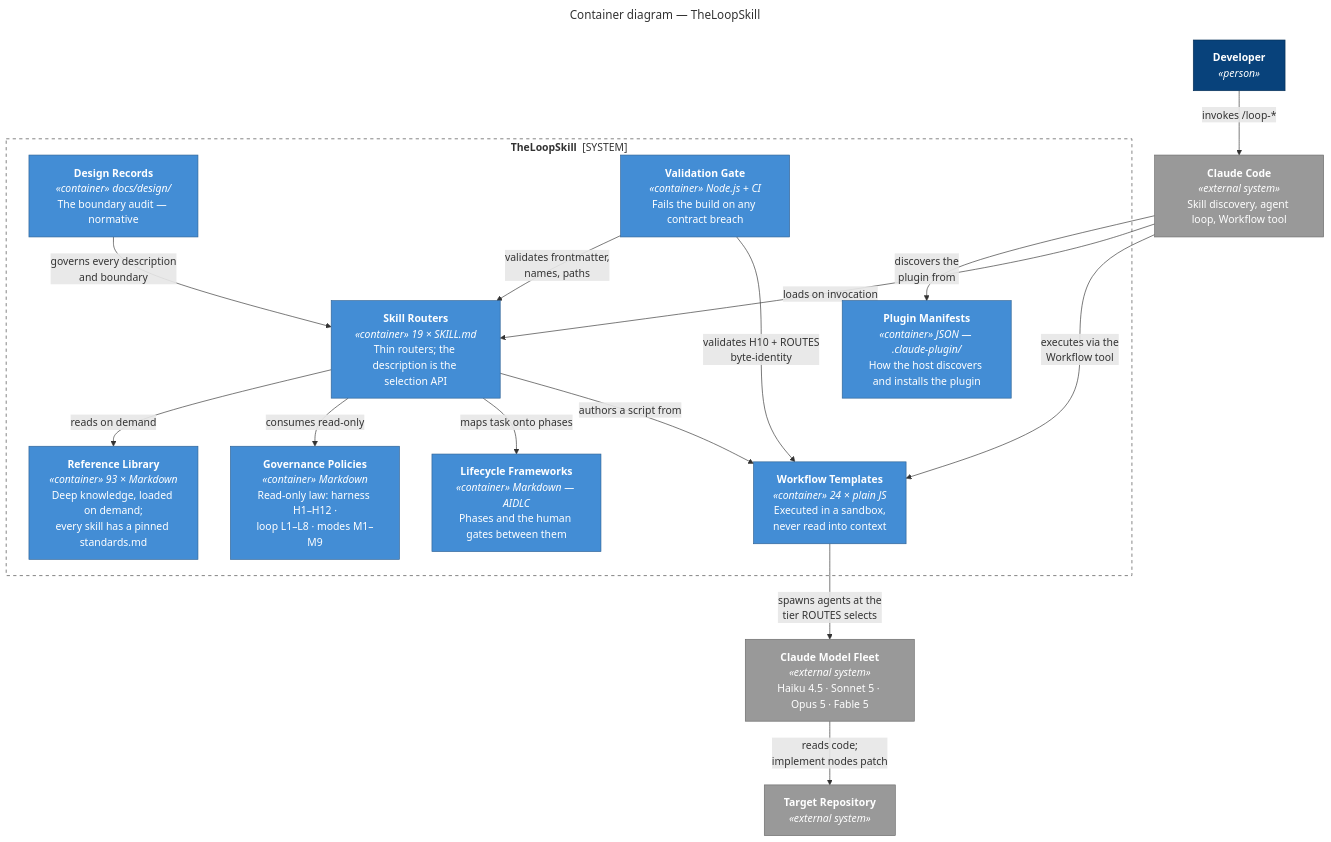
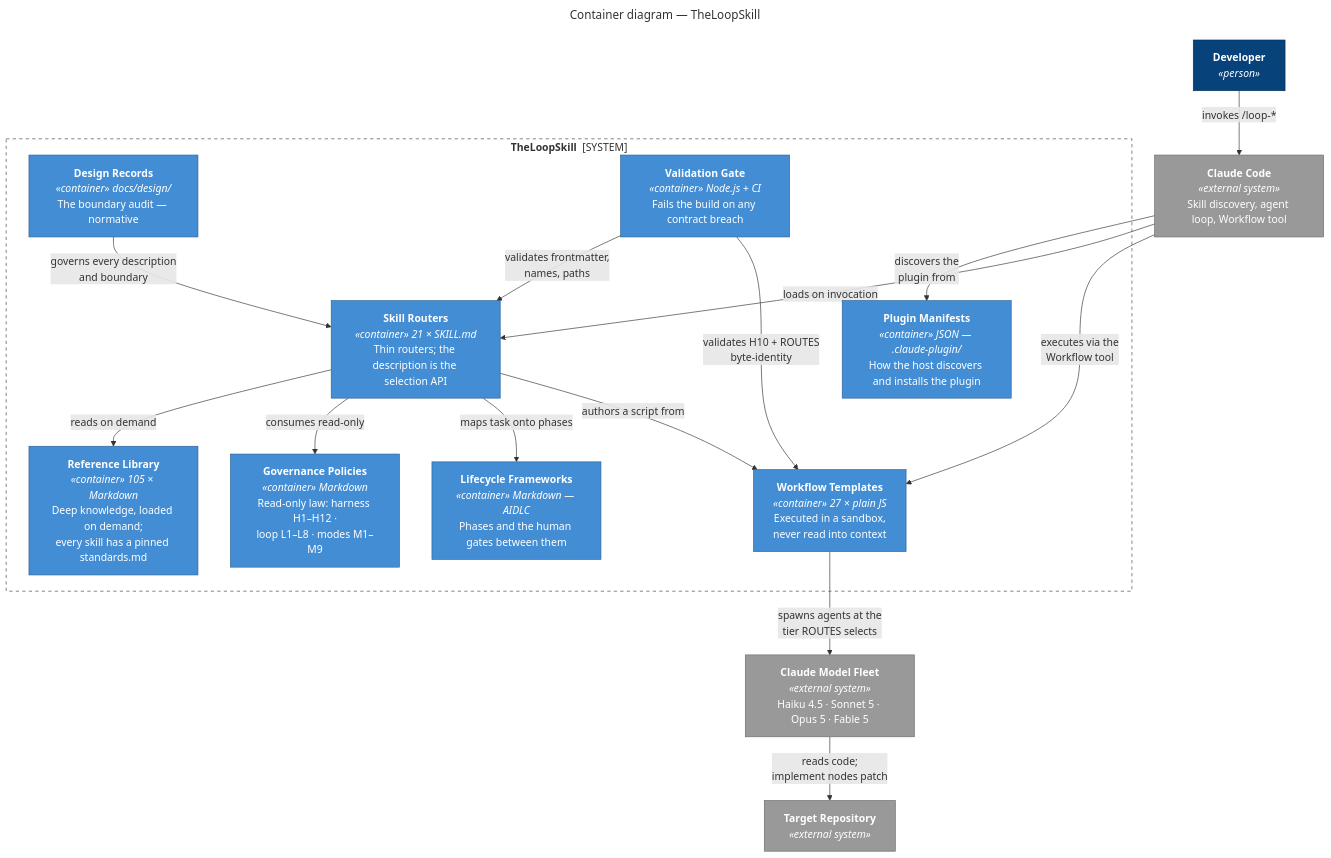
One commit to santapong/Proof changed the diagram in docs/c4/diagrams/src/container.mmd. Above: the diagram before and after it, drawn with Mermaid. The commit also changed 8 other files, not shown here.

```diff
--- a/docs/c4/diagrams/src/container.mmd
+++ b/docs/c4/diagrams/src/container.mmd
@@ -1,42 +1,42 @@
 ---
 title: "Container diagram — TheLoopSkill"
 ---
 flowchart TB
     dev["<b>Developer</b><br/><i>«person»</i>"]
     cc["<b>Claude Code</b><br/><i>«external system»</i><br/>Skill discovery, agent loop, Workflow tool"]
 
     subgraph tls["<b>TheLoopSkill</b> &nbsp;[SYSTEM]"]
         manifest["<b>Plugin Manifests</b><br/><i>«container» JSON — .claude-plugin/</i><br/>How the host discovers and installs the plugin"]
-        routers["<b>Skill Routers</b><br/><i>«container» 19 × SKILL.md</i><br/>Thin routers; the description is the selection API"]
-        refs["<b>Reference Library</b><br/><i>«container» 93 × Markdown</i><br/>Deep knowledge, loaded on demand;<br/>every skill has a pinned standards.md"]
-        templates["<b>Workflow Templates</b><br/><i>«container» 24 × plain JS</i><br/>Executed in a sandbox,<br/>never read into context"]
+        routers["<b>Skill Routers</b><br/><i>«container» 21 × SKILL.md</i><br/>Thin routers; the description is the selection API"]
+        refs["<b>Reference Library</b><br/><i>«container» 105 × Markdown</i><br/>Deep knowledge, loaded on demand;<br/>every skill has a pinned standards.md"]
+        templates["<b>Workflow Templates</b><br/><i>«container» 27 × plain JS</i><br/>Executed in a sandbox,<br/>never read into context"]
         policy["<b>Governance Policies</b><br/><i>«container» Markdown</i><br/>Read-only law: harness H1–H12 ·<br/>loop L1–L8 · modes M1–M9"]
         frameworks["<b>Lifecycle Frameworks</b><br/><i>«container» Markdown — AIDLC</i><br/>Phases and the human gates between them"]
         design["<b>Design Records</b><br/><i>«container» docs/design/</i><br/>The boundary audit — normative"]
         gate["<b>Validation Gate</b><br/><i>«container» Node.js + CI</i><br/>Fails the build on any contract breach"]
     end
 
     fleet["<b>Claude Model Fleet</b><br/><i>«external system»</i><br/>Haiku 4.5 · Sonnet 5 · Opus 5 · Fable 5"]
     repo["<b>Target Repository</b><br/><i>«external system»</i>"]
 
     dev -- "invokes /loop-*" --> cc
     cc -- "discovers the<br/>plugin from" --> manifest
     cc -- "loads on invocation" --> routers
     routers -- "reads on demand" --> refs
     routers -- "consumes read-only" --> policy
     routers -- "maps task onto phases" --> frameworks
     routers -- "authors a script from" --> templates
     cc -- "executes via the<br/>Workflow tool" --> templates
     templates -- "spawns agents at the<br/>tier ROUTES selects" --> fleet
     fleet -- "reads code;<br/>implement nodes patch" --> repo
     gate -- "validates frontmatter,<br/>names, paths" --> routers
     gate -- "validates H10 + ROUTES<br/>byte-identity" --> templates
     design -- "governs every description<br/>and boundary" --> routers
 
     classDef person fill:#08427B,stroke:#052E56,color:#fff
     classDef container fill:#438DD5,stroke:#2E6295,color:#fff
     classDef ext fill:#999999,stroke:#6B6B6B,color:#fff
     class dev person
     class manifest,routers,refs,templates,policy,frameworks,design,gate container
     class cc,fleet,repo ext
     style tls fill:none,stroke:#444444,stroke-dasharray:5 5
```
